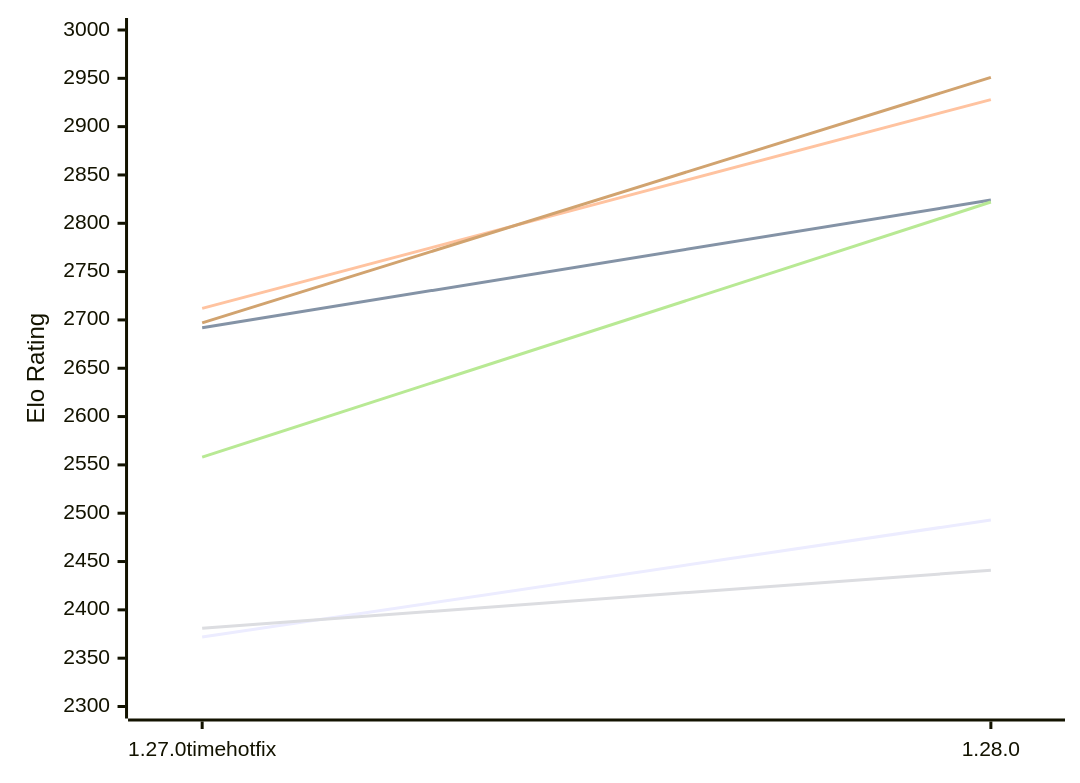
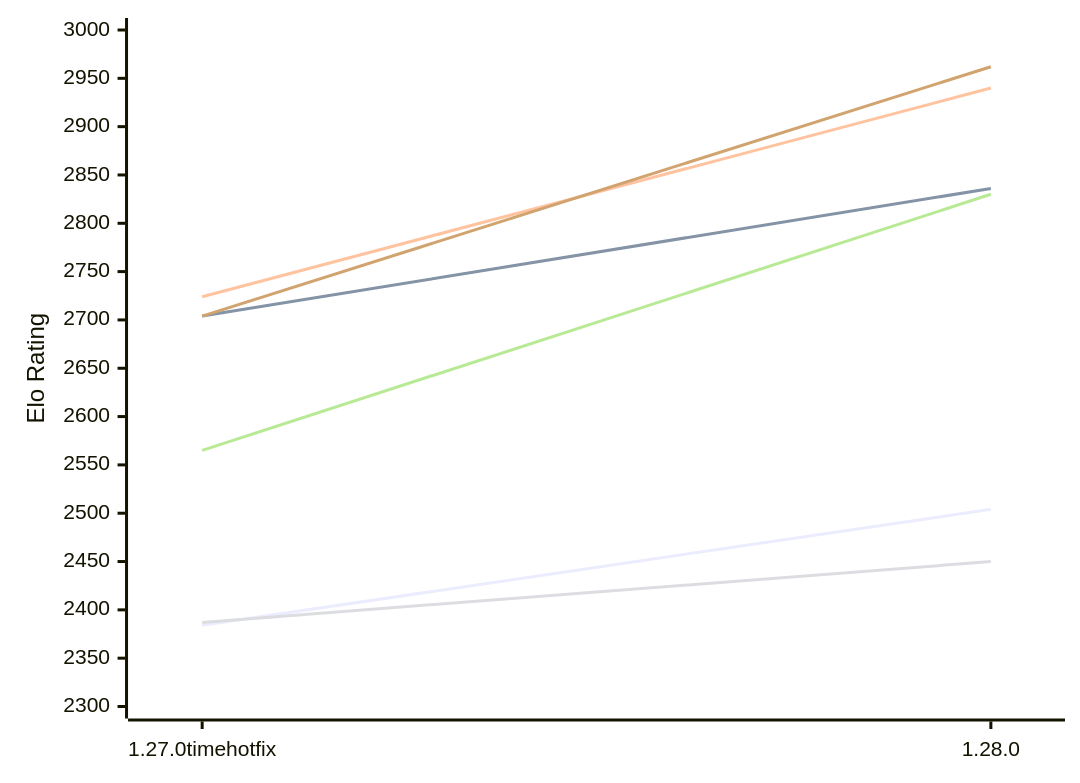
Before and after one commit to computer-chess-index/cci: the first of 2 diagrams in engines/Aurora.md, drawn with Mermaid. The commit also changed other lines of this file, not shown here.

Commit message:
Update CCI Ratings (ELO VLTC) - 2026-10-25

````diff
--- a/engines/Aurora.md
+++ b/engines/Aurora.md
@@ -50,12 +50,12 @@
 ```mermaid
 %%{init: {"theme":"base","themeVariables":{"seriesColors:['#a3a3a3','#222221','#faa371']}}}%%
 xychart-beta
   x-axis ["1.27.0timehotfix", "1.28.0"]
   y-axis "Elo Rating" 2300 --> 3000
-  line "E1: STC (8.0+0.08s)" [2372, 2493]
-  line "E1: LTC (60.0+0.60s)" [2692, 2824]
-  line "E1: VLTC (2m24s+1.12s)" [2712, 2928]
-  line "P1: STC (8.0+0.08s)" [2381, 2441]
-  line "P1: LTC (60.0+0.60s)" [2558, 2822]
-  line "P1: VLTC (2m24s+1.12s)" [2697, 2951]
+  line "E1: STC (8.0+0.08s)" [2384, 2504]
+  line "E1: LTC (60.0+0.60s)" [2704, 2836]
+  line "E1: VLTC (2m24s+1.12s)" [2724, 2940]
+  line "P1: STC (8.0+0.08s)" [2387, 2450]
+  line "P1: LTC (60.0+0.60s)" [2565, 2830]
+  line "P1: VLTC (2m24s+1.12s)" [2704, 2962]
 ```
````
